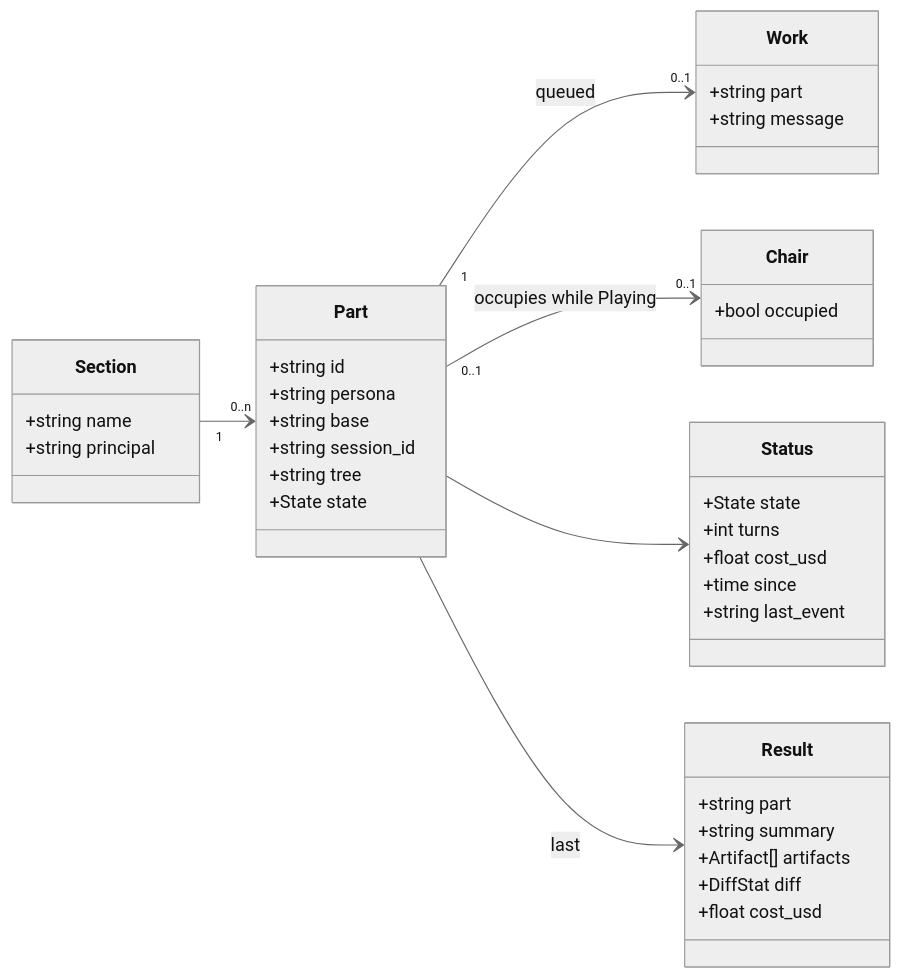
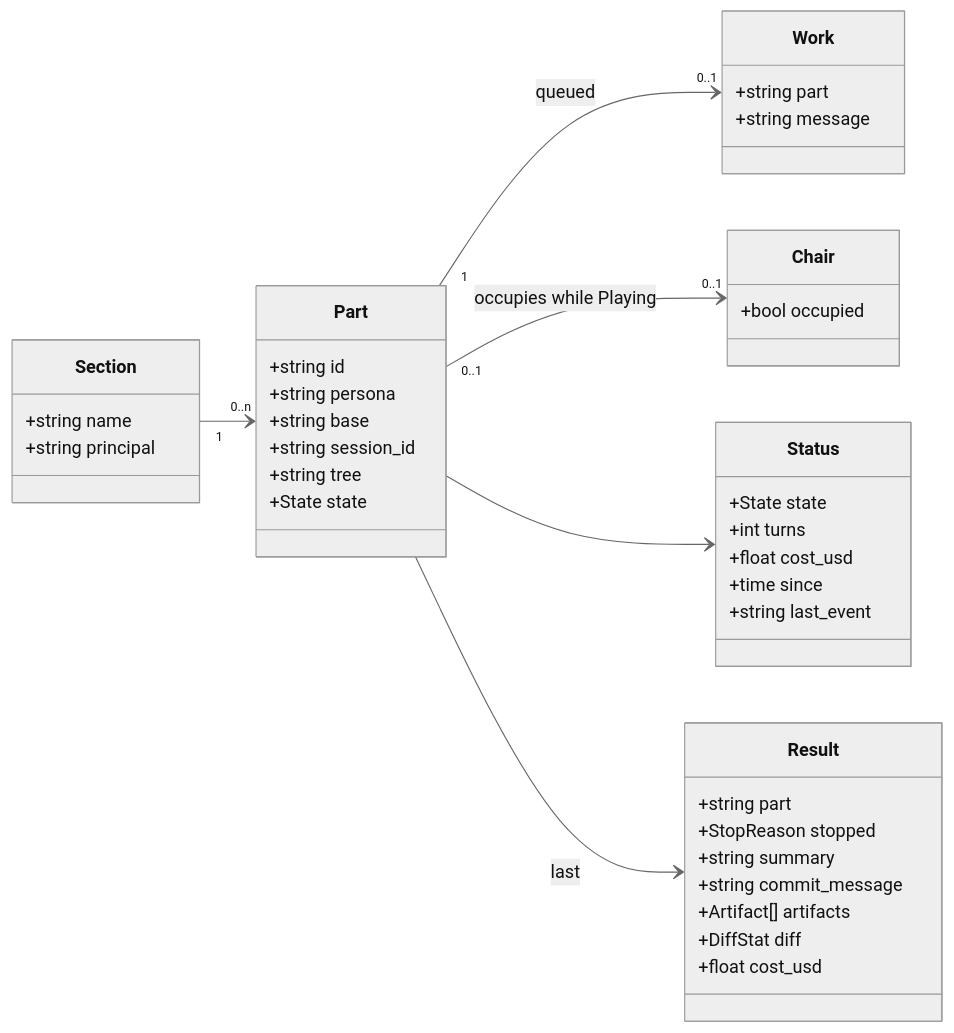
Before and after one commit to noclearreaction/symphony-maestro: the diagram in docs/ensemble/diagrams/contract-types.md, drawn with Mermaid (neutral theme). The commit also changed other lines of this file and 9 other files, not shown here.

````diff
--- a/docs/ensemble/diagrams/contract-types.md
+++ b/docs/ensemble/diagrams/contract-types.md
@@ -5,42 +5,44 @@
 ```mermaid
 classDiagram
   direction LR
   class Part {
     +string id
     +string persona
     +string base
     +string session_id
     +string tree
     +State state
   }
   class Chair {
     +bool occupied
   }
   class Work {
     +string part
     +string message
   }
   class Status {
     +State state
     +int turns
     +float cost_usd
     +time since
     +string last_event
   }
   class Result {
     +string part
+    +StopReason stopped
     +string summary
+    +string commit_message
     +Artifact[] artifacts
     +DiffStat diff
     +float cost_usd
   }
   class Section {
     +string name
     +string principal
   }
   Section "1" --> "0..n" Part
   Part "1" --> "0..1" Work : queued
   Part "0..1" --> "0..1" Chair : occupies while Playing
   Part --> Status
   Part --> Result : last
 ```
````
